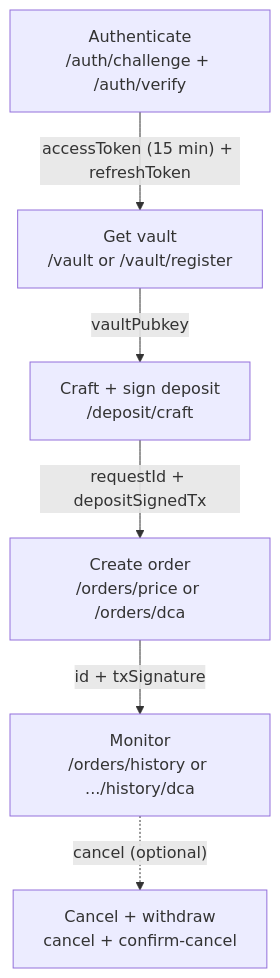
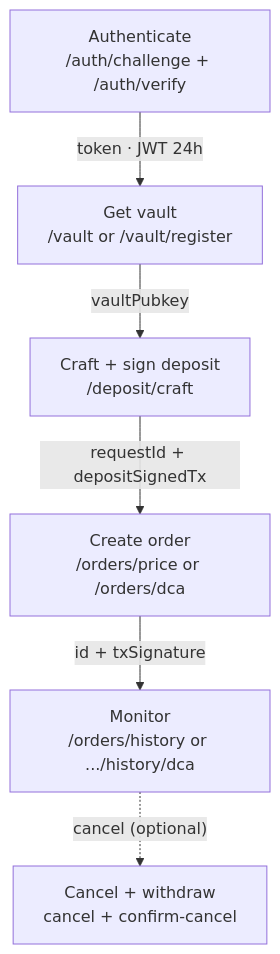
The first of 3 diagrams in trigger/lifecycle.mdx (jup-ag/docs), drawn with Mermaid before and after one commit. The commit also changed other lines of this file and 23 other files, not shown here.

````diff
--- a/trigger/lifecycle.mdx
+++ b/trigger/lifecycle.mdx
@@ -19,8 +19,8 @@
 ```mermaid
 flowchart TD
-    A["Authenticate<br/>/auth/challenge + /auth/verify"] -->|"accessToken (15 min) + refreshToken"| B["Get vault<br/>/vault or /vault/register"]
+    A["Authenticate<br/>/auth/challenge + /auth/verify"] -->|"token · JWT 24h"| B["Get vault<br/>/vault or /vault/register"]
     B -->|"vaultPubkey"| C["Craft + sign deposit<br/>/deposit/craft"]
     C -->|"requestId + depositSignedTx"| D["Create order<br/>/orders/price or /orders/dca"]
     D -->|"id + txSignature"| E["Monitor<br/>/orders/history or .../history/dca"]
     E -.->|"cancel (optional)"| F["Cancel + withdraw<br/>cancel + confirm-cancel"]
 ```
````
